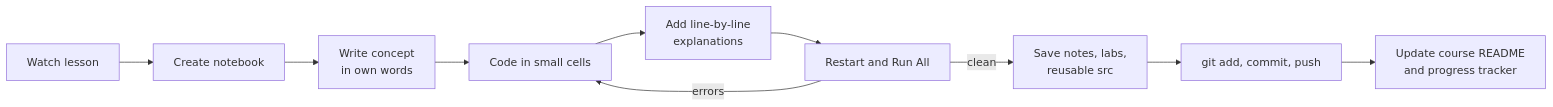
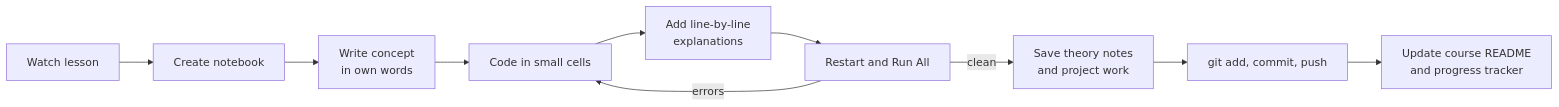
One commit to Abhiraj-Balyan/AI-Engineer-Specialization changed diagram 20 of 22 in README.md. Above: the diagram before and after it, drawn with Mermaid. The commit also changed other lines of this file, not shown here.

````diff
--- a/README.md
+++ b/README.md
@@ -620,12 +609,12 @@
 ```mermaid
 flowchart LR
     A["Watch lesson"] --> B["Create notebook"]
     B --> C["Write concept<br/>in own words"]
     C --> D["Code in small cells"]
     D --> E["Add line-by-line<br/>explanations"]
     E --> F["Restart and Run All"]
     F -->|"errors"| D
-    F -->|"clean"| G["Save notes, labs,<br/>reusable src"]
+    F -->|"clean"| G["Save theory notes<br/>and project work"]
     G --> H["git add, commit, push"]
     H --> I["Update course README<br/>and progress tracker"]
 ```
````
